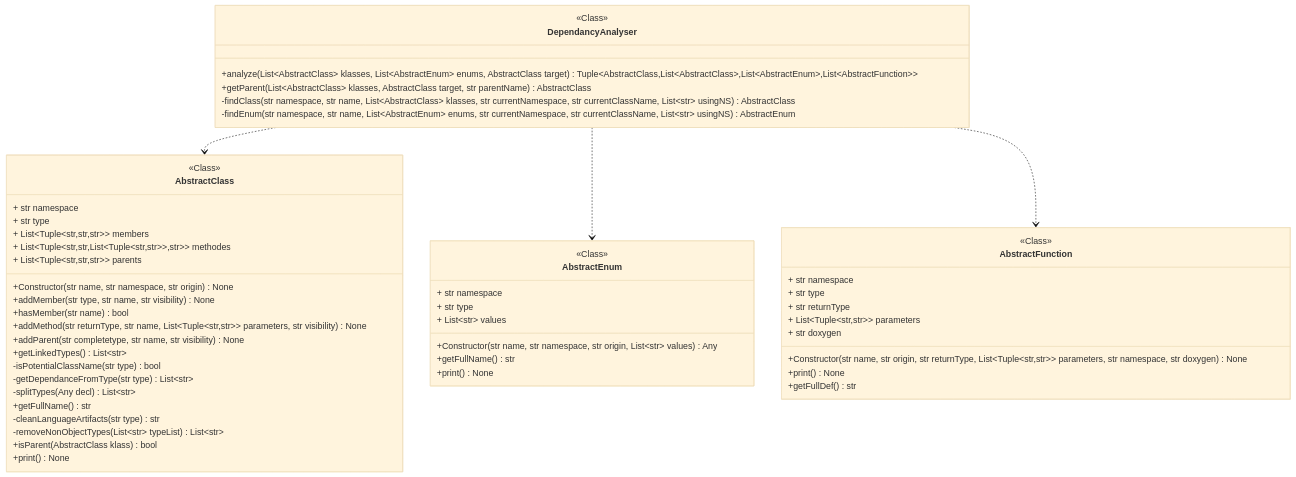
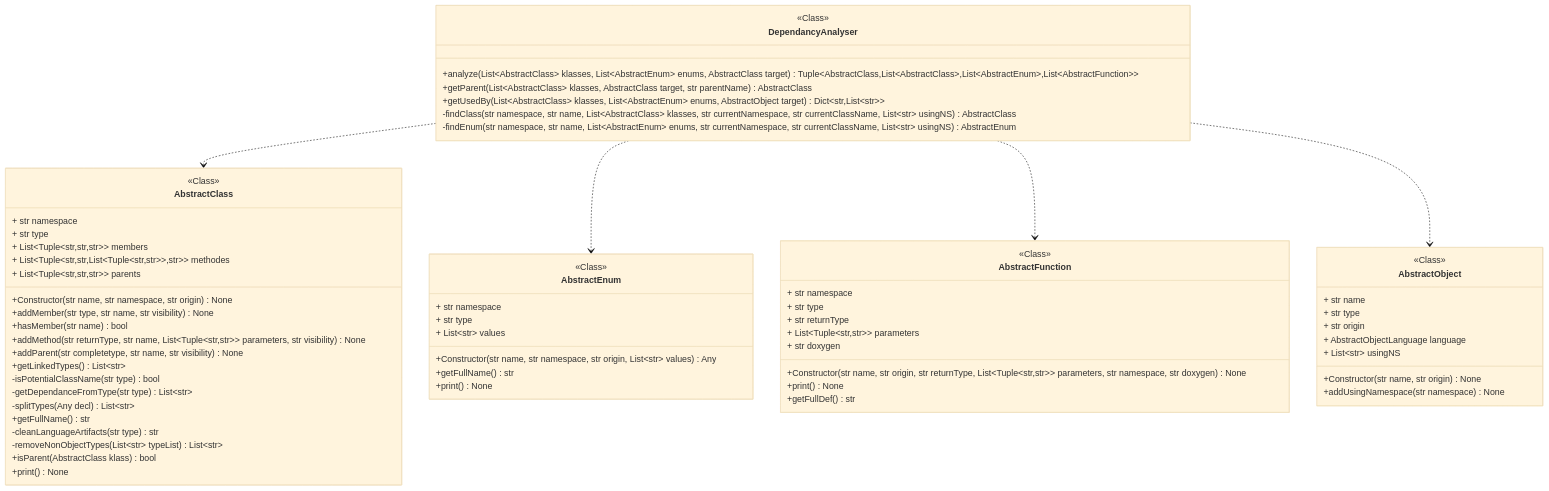
The diagram in docs/source/code/diagrams/pycodeanalyzer_core_analyzer_dependancy_DependancyAnalyser.mmd (miong/pycodeanalyzer), drawn with Mermaid (base theme) before and after one commit. The commit also changed 6 other files, not shown here.

```diff
--- a/docs/source/code/diagrams/pycodeanalyzer_core_analyzer_dependancy_DependancyAnalyser.mmd
+++ b/docs/source/code/diagrams/pycodeanalyzer_core_analyzer_dependancy_DependancyAnalyser.mmd
@@ -1,56 +1,69 @@
 classDiagram
 class DependancyAnalyser {
 <<Class>>
 +analyze(List~AbstractClass~ klasses, List~AbstractEnum~ enums, AbstractClass target) Tuple&lt;AbstractClass,List&lt;AbstractClass&gt;,List&lt;AbstractEnum&gt;,List&lt;AbstractFunction&gt;&gt;
 +getParent(List~AbstractClass~ klasses, AbstractClass target, str parentName) AbstractClass
++getUsedBy(List~AbstractClass~ klasses, List~AbstractEnum~ enums, AbstractObject target) Dict&lt;str,List&lt;str&gt;&gt;
 -findClass(str namespace, str name, List~AbstractClass~ klasses, str currentNamespace, str currentClassName, List~str~ usingNS) AbstractClass
 -findEnum(str namespace, str name, List~AbstractEnum~ enums, str currentNamespace, str currentClassName, List~str~ usingNS) AbstractEnum
 }
 class AbstractClass {
 <<Class>>
 + str namespace
 + str type
 + List&lt;Tuple&lt;str,str,str&gt;&gt; members
 + List&lt;Tuple&lt;str,str,List&lt;Tuple&lt;str,str&gt;&gt;,str&gt;&gt; methodes
 + List&lt;Tuple&lt;str,str,str&gt;&gt; parents
 +Constructor(str name, str namespace, str origin) None
 +addMember(str type, str name, str visibility) None
 +hasMember(str name) bool
 +addMethod(str returnType, str name, List&lt;Tuple&lt;str,str&gt;&gt; parameters, str visibility) None
 +addParent(str completetype, str name, str visibility) None
 +getLinkedTypes() List~str~
 -isPotentialClassName(str type) bool
 -getDependanceFromType(str type) List~str~
 -splitTypes(Any decl) List~str~
 +getFullName() str
 -cleanLanguageArtifacts(str type) str
 -removeNonObjectTypes(List~str~ typeList) List~str~
 +isParent(AbstractClass klass) bool
 +print() None
 }
 link AbstractClass "class££pycodeanalyzer::core::abstraction::objects::AbstractClass"
 class AbstractEnum {
 <<Class>>
 + str namespace
 + str type
 + List~str~ values
 +Constructor(str name, str namespace, str origin, List~str~ values) Any
 +getFullName() str
 +print() None
 }
 link AbstractEnum "class££pycodeanalyzer::core::abstraction::objects::AbstractEnum"
 class AbstractFunction {
 <<Class>>
 + str namespace
 + str type
 + str returnType
 + List&lt;Tuple&lt;str,str&gt;&gt; parameters
 + str doxygen
 +Constructor(str name, str origin, str returnType, List&lt;Tuple&lt;str,str&gt;&gt; parameters, str namespace, str doxygen) None
 +print() None
 +getFullDef() str
 }
 link AbstractFunction "class££pycodeanalyzer::core::abstraction::objects::AbstractFunction"
+class AbstractObject {
+<<Class>>
++ str name
++ str type
++ str origin
++ AbstractObjectLanguage language
++ List~str~ usingNS
++Constructor(str name, str origin) None
++addUsingNamespace(str namespace) None
+}
+link AbstractObject "class££pycodeanalyzer::core::abstraction::objects::AbstractObject"
 DependancyAnalyser ..> AbstractClass
 DependancyAnalyser ..> AbstractEnum
 DependancyAnalyser ..> AbstractFunction
+DependancyAnalyser ..> AbstractObject
```
